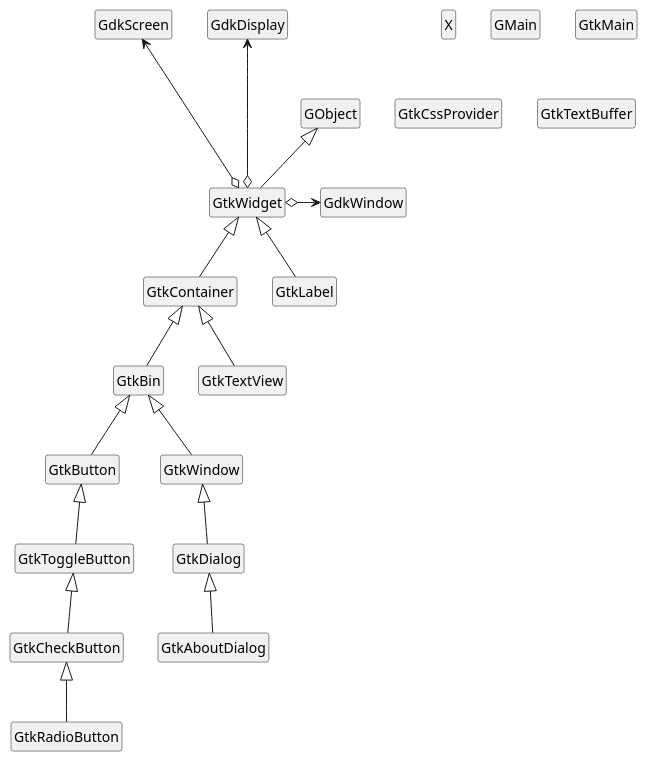
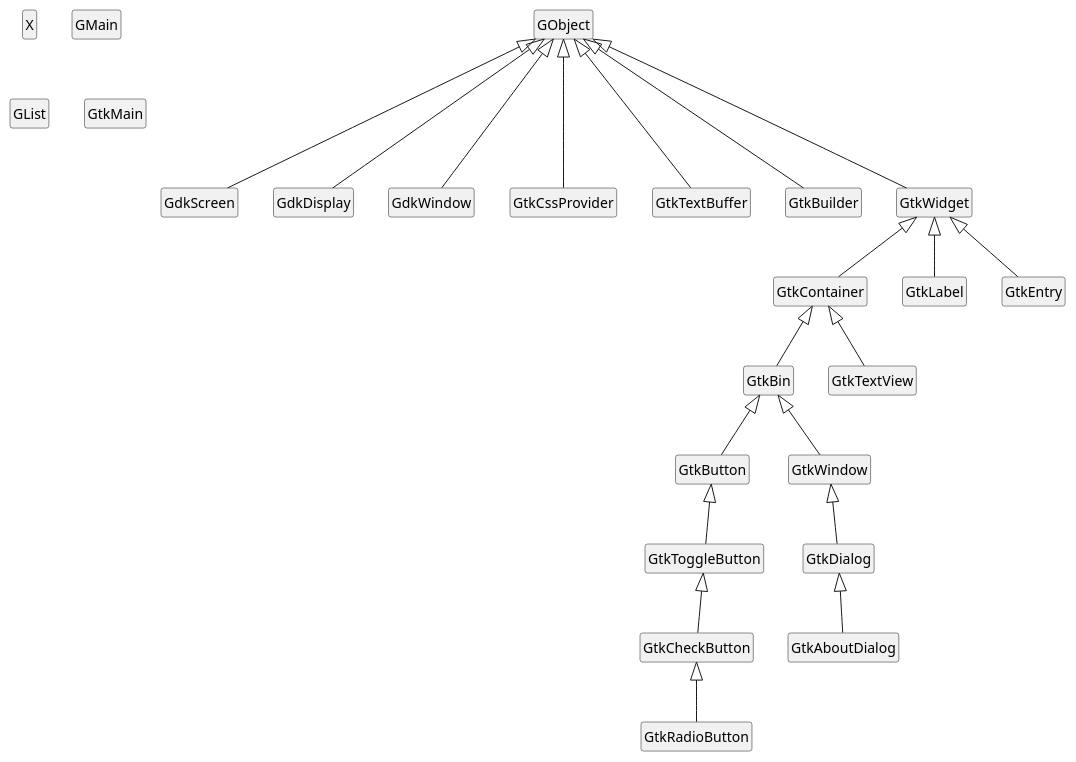
Before and after one commit to MARTIMM/gtk-v3: the diagram in doc/Design.md, drawn with PlantUML.

Commit message:
change class tree

````diff
--- a/doc/Design.md
+++ b/doc/Design.md
@@ -6,65 +6,75 @@
 ```plantuml
 
 hide members
 hide circle
 
 'class Gui
 'class GSignal
 'GSignal <|-- GtkWidget
 'X <-* Gui
 
 
 class X
 
 class GMain
+class GList
 
 class GdkScreen
 class GdkDisplay
 class GdkWindow
 
 class GtkMain
 class GtkCssProvider
 class GtkTextBuffer
+class GtkBuilder
 
 class GObject
 
 class GtkWidget
 
 class GtkBin
 class GtkContainer
 class GtkTextView
 
 class GtkLabel
 
 class GtkButton
 class GtkToggleButton
 class GtkCheckButton
 class GtkRadioButton
 
 class GtkWindow
 class GtkDialog
 class GtkAboutDialog
 
 GtkBin <|-- GtkButton
 GtkButton <|-- GtkToggleButton
 GtkToggleButton <|-- GtkCheckButton
 GtkCheckButton <|-- GtkRadioButton
 
 GtkBin <|-- GtkWindow
 GtkWindow <|-- GtkDialog
 GtkDialog <|-- GtkAboutDialog
 
 GtkWidget <|-- GtkLabel
+GtkWidget <|-- GtkEntry
 
 GtkContainer <|-- GtkBin
 GtkContainer <|-- GtkTextView
 GtkWidget <|-- GtkContainer
-GObject <|-- GtkWidget
 'GtkBin --* GtkButton
 
-GdkScreen <---o GtkWidget
-GdkDisplay <---o GtkWidget
-GtkWidget o-> GdkWindow
+'GdkScreen <---o GtkWidget
+'GdkDisplay <---o GtkWidget
+'GdkWindow <---o GtkWidget
 
+GObject <|--- GtkWidget
+GObject <|--- GtkBuilder
+GObject <|--- GtkTextBuffer
+GObject <|--- GtkCssProvider
+
+GObject <|--- GdkScreen
+GObject <|--- GdkWindow
+GObject <|--- GdkDisplay
 
 ```
````
